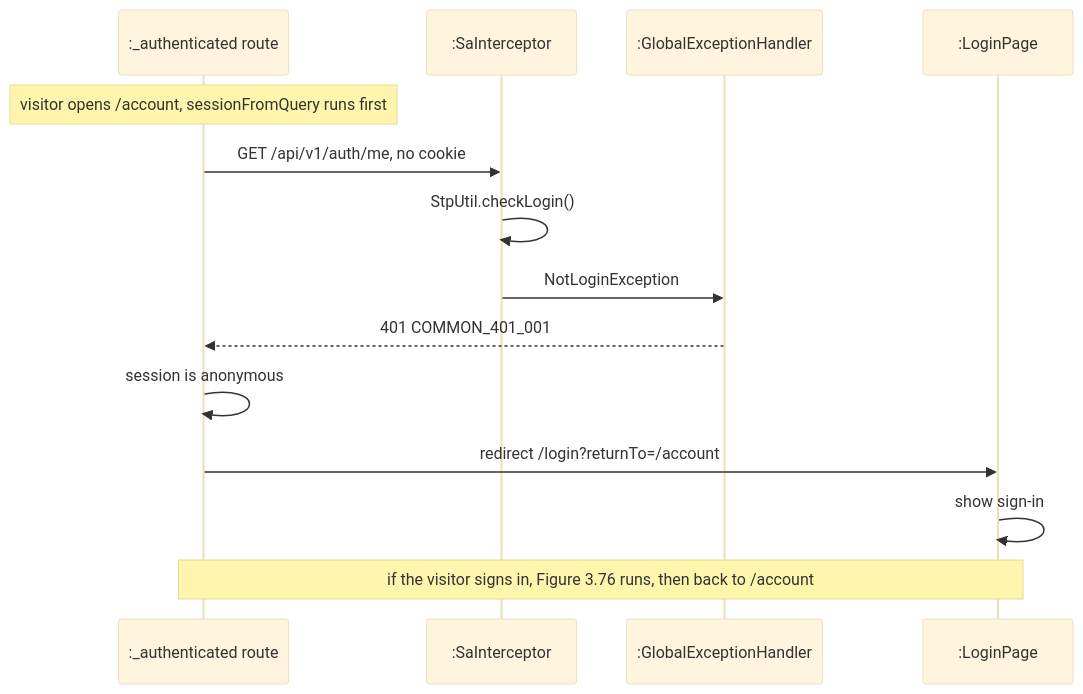
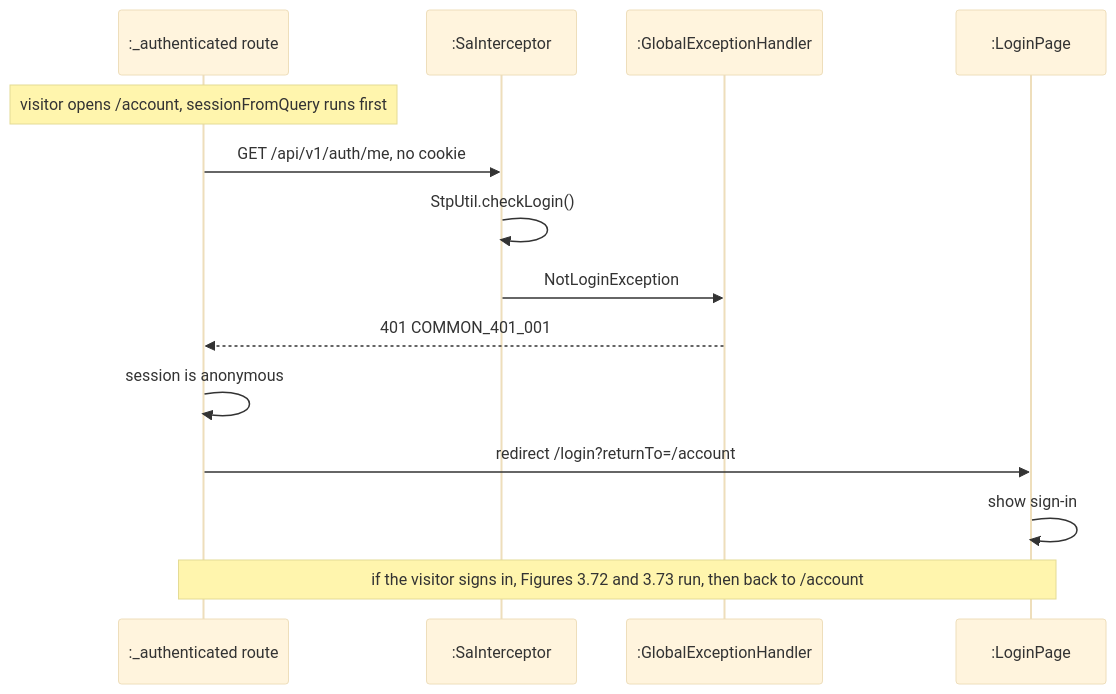
Before and after one commit to PPsyrius/iss-groupbuy-team8: diagram 18 of 18 in docs/swe5006/report/sections/03-4-3-pan.md, drawn with Mermaid (base theme). The commit also changed other lines of this file and 60 other files, not shown here.

First line of the commit message:
docs(report): template format, VP-style UML and fact fixes (#463, #695) (#704)

````diff
--- a/docs/swe5006/report/sections/03-4-3-pan.md
+++ b/docs/swe5006/report/sections/03-4-3-pan.md
@@ -723,16 +753,16 @@
 ```mermaid
 sequenceDiagram
     participant G as :_authenticated route
     participant SI as :SaInterceptor
     participant EH as :GlobalExceptionHandler
     participant LP as :LoginPage
     Note over G: visitor opens /account, sessionFromQuery runs first
     G->>SI: GET /api/v1/auth/me, no cookie
     SI->>SI: StpUtil.checkLogin()
     SI->>EH: NotLoginException
     EH-->>G: 401 COMMON_401_001
     G->>G: session is anonymous
     G->>LP: redirect /login?returnTo=/account
     LP->>LP: show sign-in
-    Note over G,LP: if the visitor signs in, Figure 3.76 runs, then back to /account
+    Note over G,LP: if the visitor signs in, Figures 3.72 and 3.73 run, then back to /account
 ```
````
